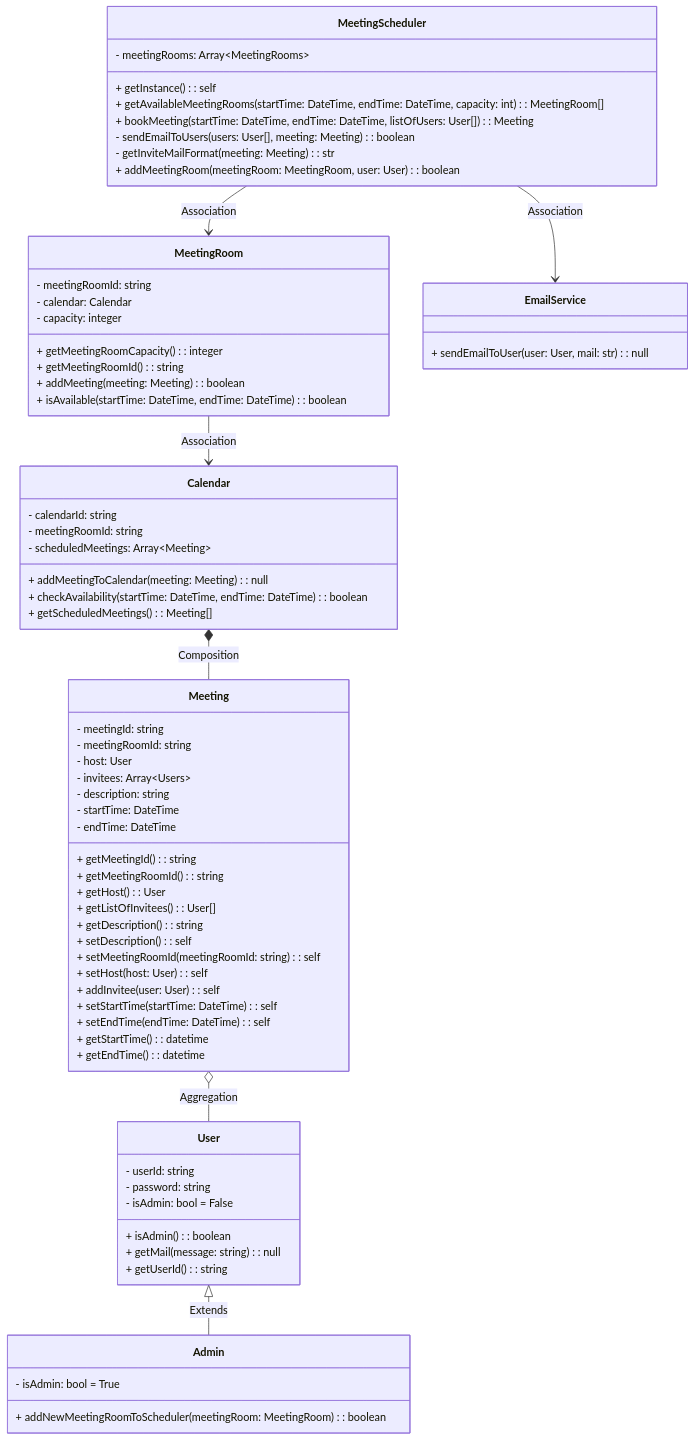
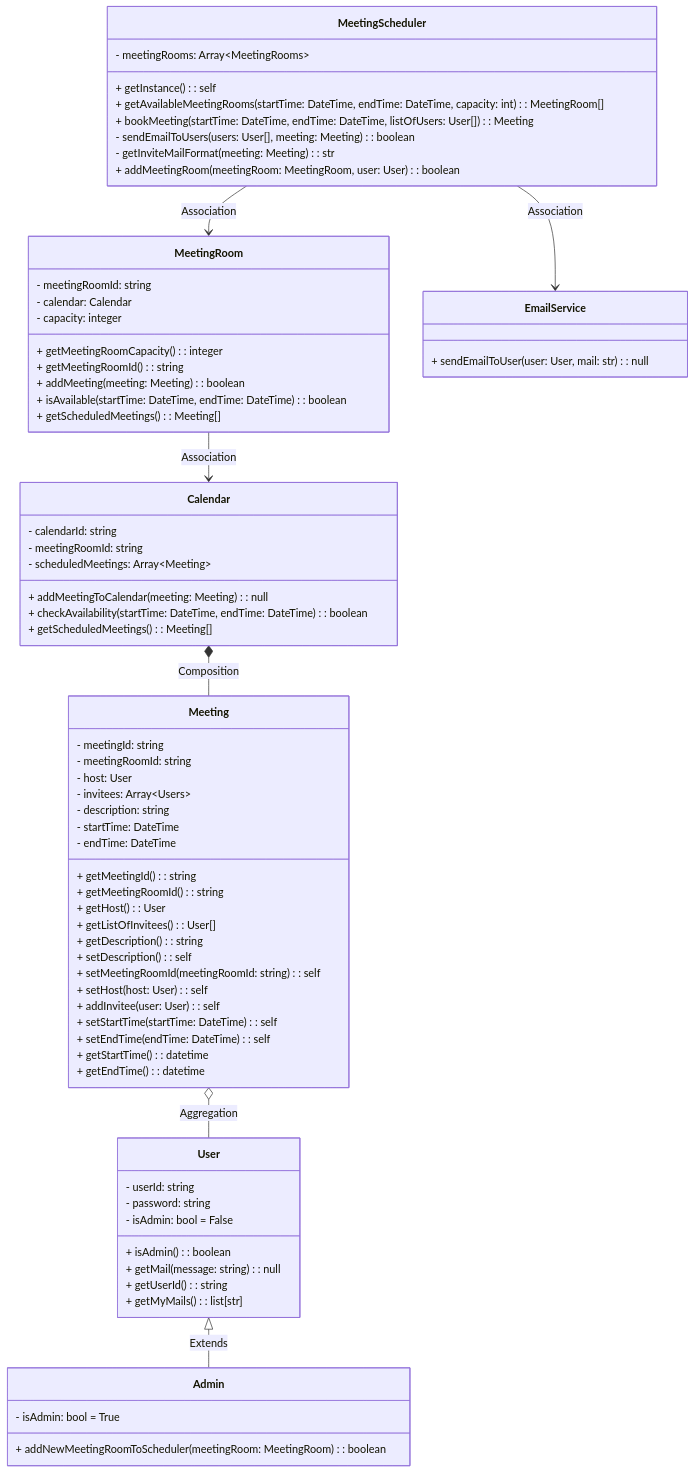
One commit to vinaycchndra/Python_LLDs changed the diagram in MeetingScheduler/ReadMe.md. Above: the diagram before and after it, drawn with Mermaid. The commit also changed 3 other files, not shown here.

```diff
--- a/MeetingScheduler/ReadMe.md
+++ b/MeetingScheduler/ReadMe.md
@@ -62,6 +62,7 @@
         + getMeetingRoomId(): string
         + addMeeting(meeting: Meeting): boolean
         + isAvailable(startTime: DateTime, endTime: DateTime): boolean
+        + getScheduledMeetings(): Meeting[]
     }
 
     class Calendar{
@@ -83,6 +84,7 @@
         + isAdmin(): boolean
         + getMail(message: string): null 
         + getUserId(): string
+        + getMyMails(): list[str]
     }
 
     User <|-- Admin: Extends
```
